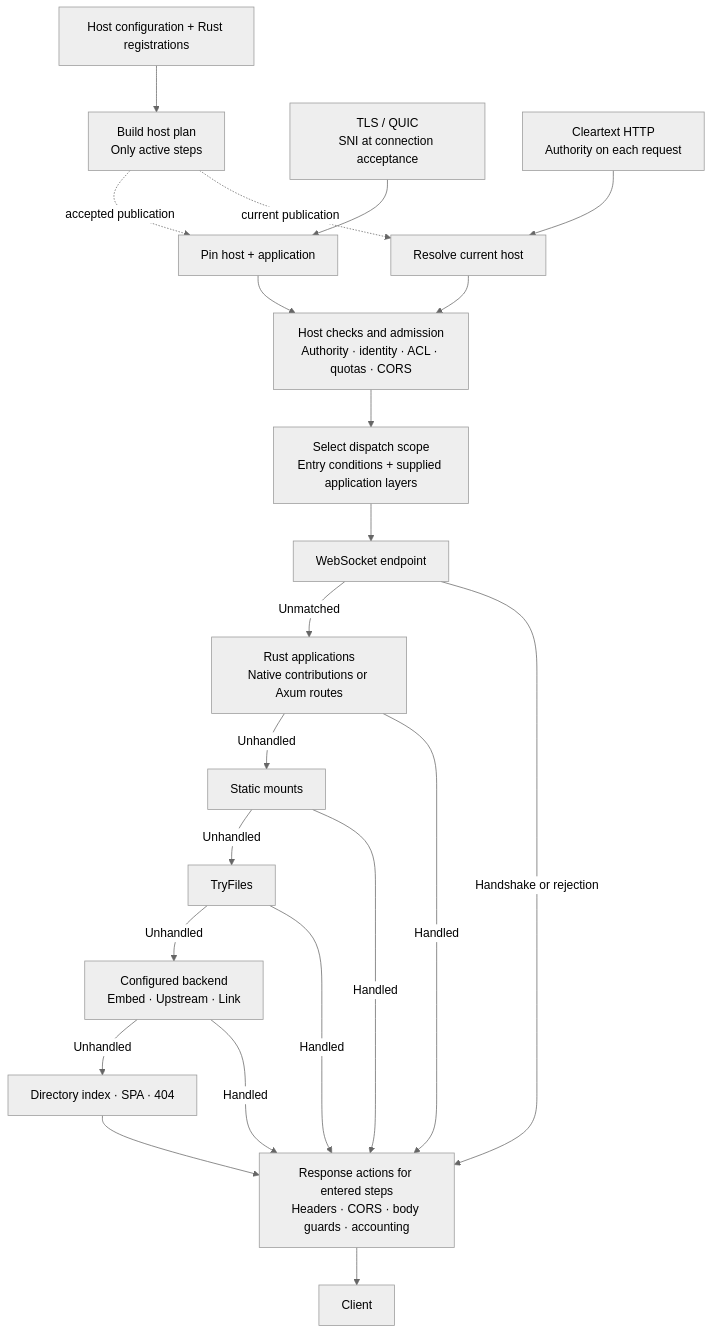
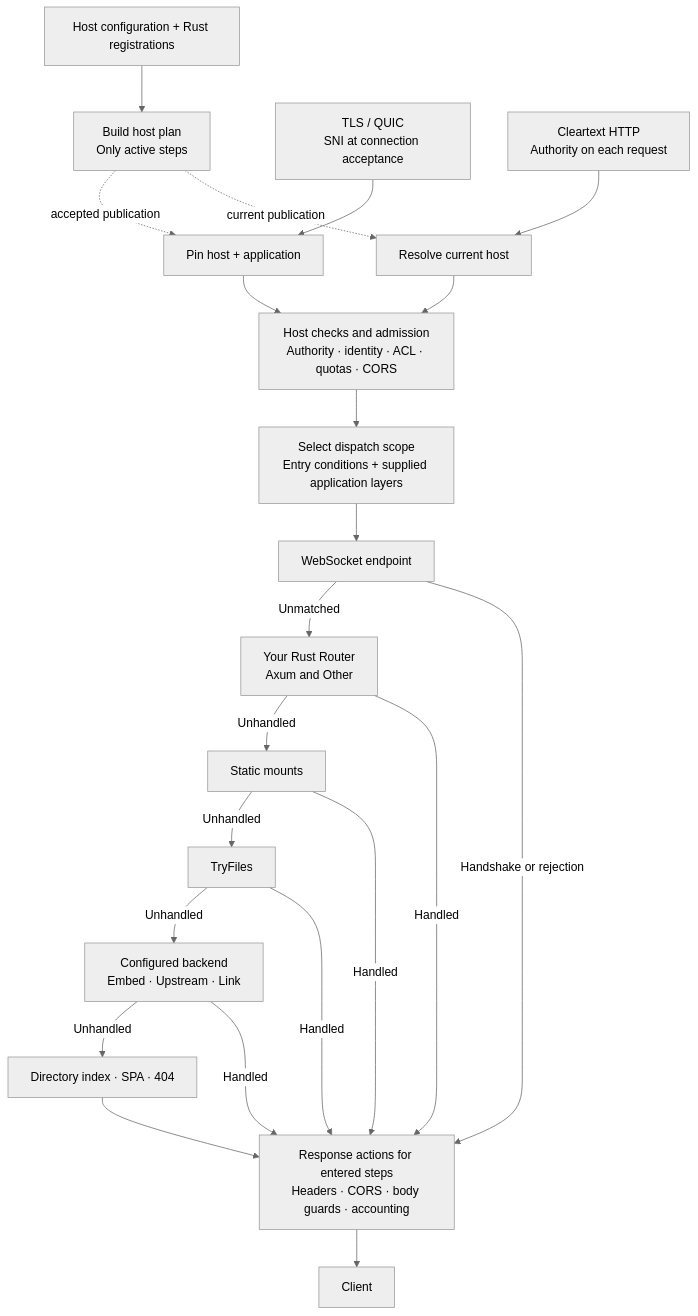
The diagram in docs/design/HOST_PIPELINE.md (claviron/claviron), drawn with Mermaid (neutral theme) before and after one commit. The commit also changed other lines of this file and 71 other files, not shown here.

Commit message:
Compile native host extensions with Axum and Other adapters

````diff
--- a/docs/design/HOST_PIPELINE.md
+++ b/docs/design/HOST_PIPELINE.md
@@ -23,28 +12,28 @@
 ```mermaid
 flowchart TD
     Config["Host configuration + Rust registrations"] --> Plan["Build host plan<br/>Only active steps"]
 
     TLS["TLS / QUIC<br/>SNI at connection acceptance"] --> Bound["Pin host + application"]
     Plain["Cleartext HTTP<br/>Authority on each request"] --> Current["Resolve current host"]
     Plan -. "accepted publication" .-> Bound
     Plan -. "current publication" .-> Current
 
     Bound --> Policy
     Current --> Policy
     Policy["Host checks and admission<br/>Authority · identity · ACL · quotas · CORS"] --> Scope
     Scope["Select dispatch scope<br/>Entry conditions + supplied application layers"] --> WS
 
     WS["WebSocket endpoint"] -->|Unmatched| App
-    App["Rust applications<br/>Native contributions or Axum routes"] -->|Unhandled| Static
+    App["Your Rust Router<br/>Axum and Other"] -->|Unhandled| Static
     Static["Static mounts"] -->|Unhandled| TryFiles
     TryFiles["TryFiles"] -->|Unhandled| Backend
     Backend["Configured backend<br/>Embed · Upstream · Link"] -->|Unhandled| Fallback
     Fallback["Directory index · SPA · 404"] --> Reply
 
     WS -->|Handshake or rejection| Reply
     App -->|Handled| Reply
     Static -->|Handled| Reply
     TryFiles -->|Handled| Reply
     Backend -->|Handled| Reply
     Reply["Response actions for entered steps<br/>Headers · CORS · body guards · accounting"] --> Client["Client"]
 ```
````
